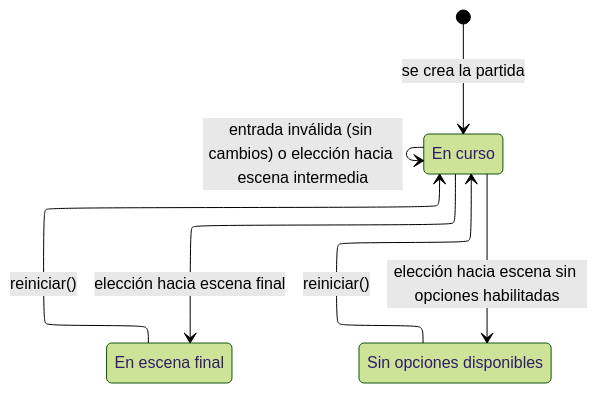
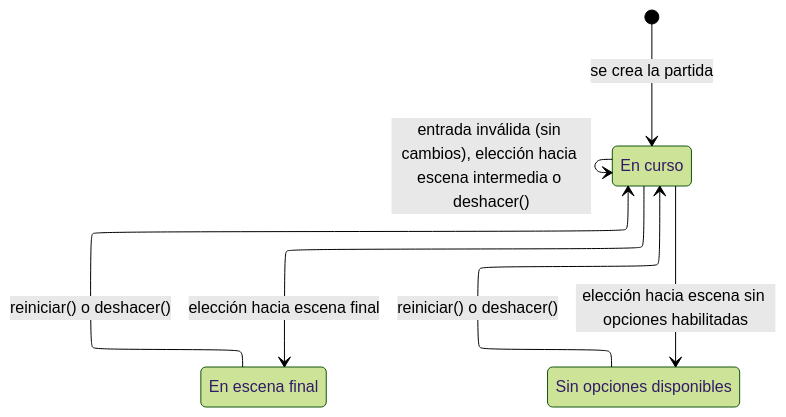
The diagram in docs/diagramas/estados_partida.mmd (8alanct-hub/sistema_de_historias_interectativas), drawn with Mermaid (forest theme) before and after one commit. The commit also changed 16 other files, not shown here.

```diff
--- a/docs/diagramas/estados_partida.mmd
+++ b/docs/diagramas/estados_partida.mmd
@@ -1,16 +1,16 @@
 ---
 config:
   layout: elk
 ---
 stateDiagram-v2
     direction TB
     state "En curso" as EnCurso
     state "En escena final" as EnEscenaFinal
     state "Sin opciones disponibles" as SinOpciones
 
     [*] --> EnCurso : se crea la partida
-    EnCurso --> EnCurso : entrada inválida (sin cambios) o elección hacia escena intermedia
+    EnCurso --> EnCurso : entrada inválida (sin cambios), elección hacia escena intermedia o deshacer()
     EnCurso --> EnEscenaFinal : elección hacia escena final
     EnCurso --> SinOpciones : elección hacia escena sin opciones habilitadas
-    EnEscenaFinal --> EnCurso : reiniciar()
-    SinOpciones --> EnCurso : reiniciar()
+    EnEscenaFinal --> EnCurso : reiniciar() o deshacer()
+    SinOpciones --> EnCurso : reiniciar() o deshacer()
```
